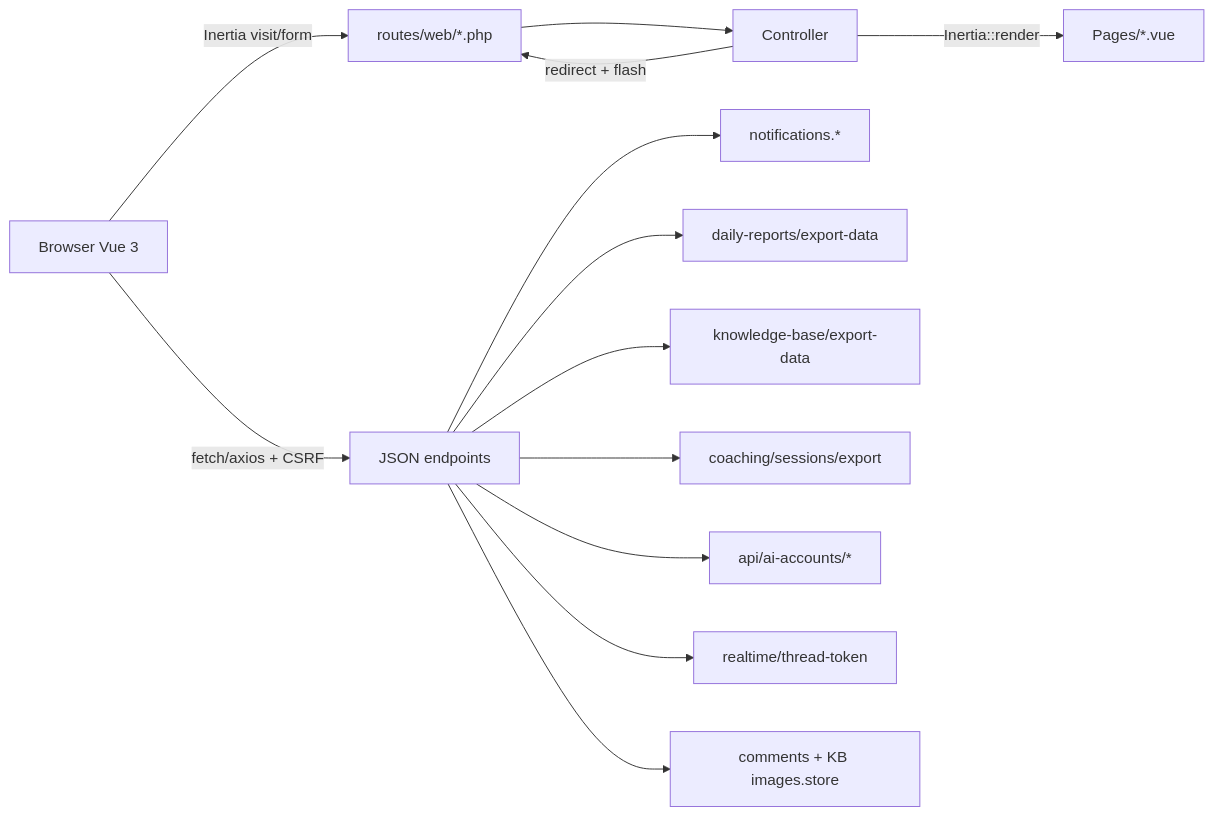
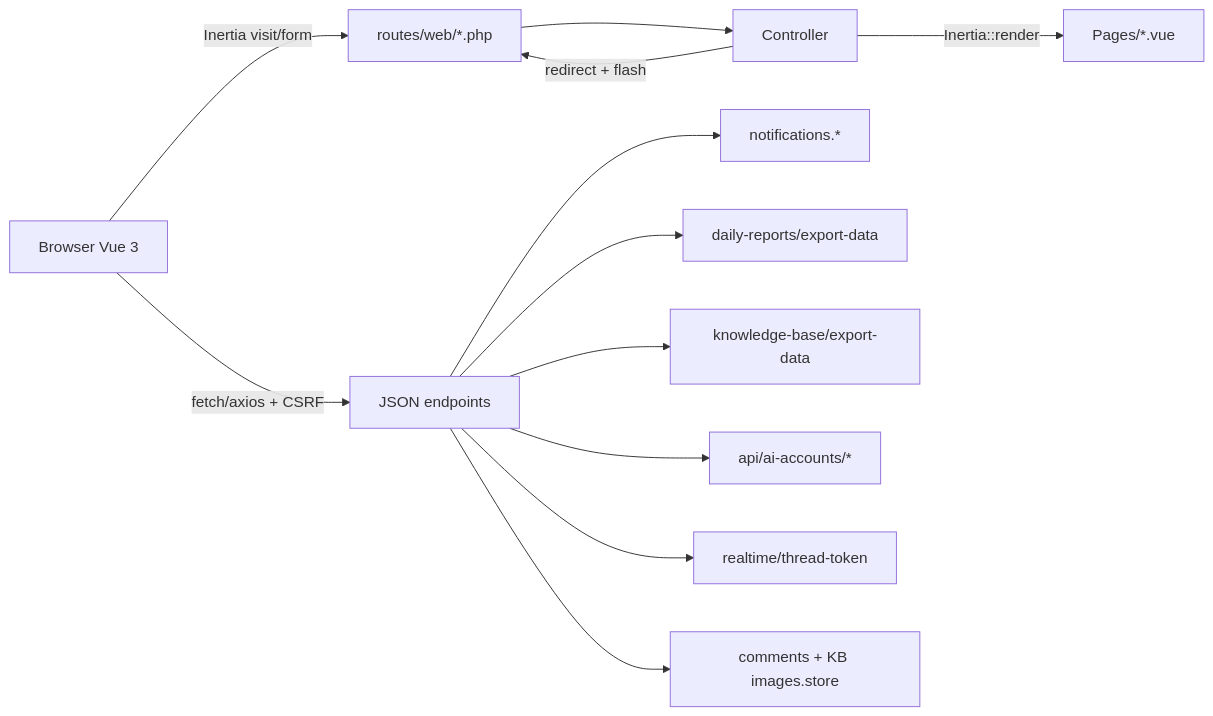
The second of 10 diagrams in docs/FLOWS_AND_DOCS_MAP.md (EasyToBuildWithKane/va-qlda), drawn with Mermaid before and after one commit. The commit also changed other lines of this file and 149 other files, not shown here.

````diff
--- a/docs/FLOWS_AND_DOCS_MAP.md
+++ b/docs/FLOWS_AND_DOCS_MAP.md
@@ -52,16 +52,15 @@
 ```mermaid
 flowchart LR
   B[Browser Vue 3]
   B -->|Inertia visit/form| W[routes/web/*.php]
   B -->|fetch/axios + CSRF| J[JSON endpoints]
   W --> C[Controller]
   C -->|Inertia::render| P[Pages/*.vue]
   C -->|redirect + flash| W
   J --> N[notifications.*]
   J --> DR[daily-reports/export-data]
   J --> KB[knowledge-base/export-data]
-  J --> CS[coaching/sessions/export]
   J --> AI[api/ai-accounts/*]
   J --> RT[realtime/thread-token]
   J --> CM[comments + KB images.store]
 ```
````
